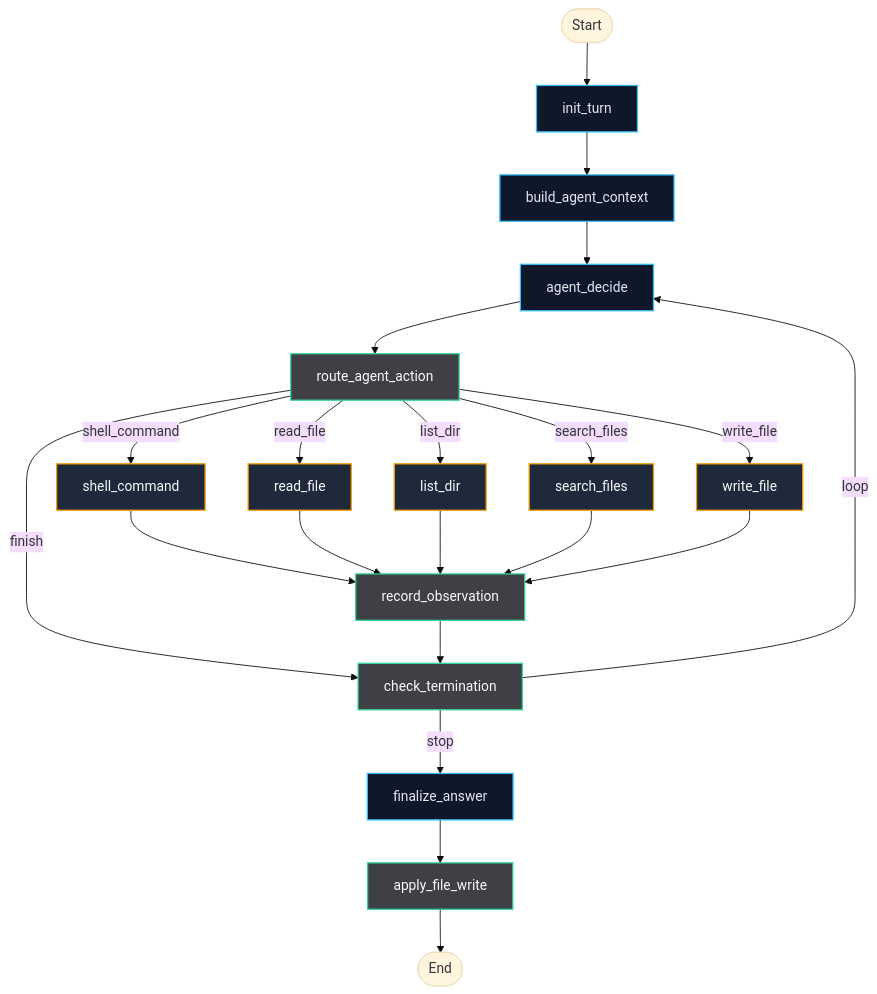
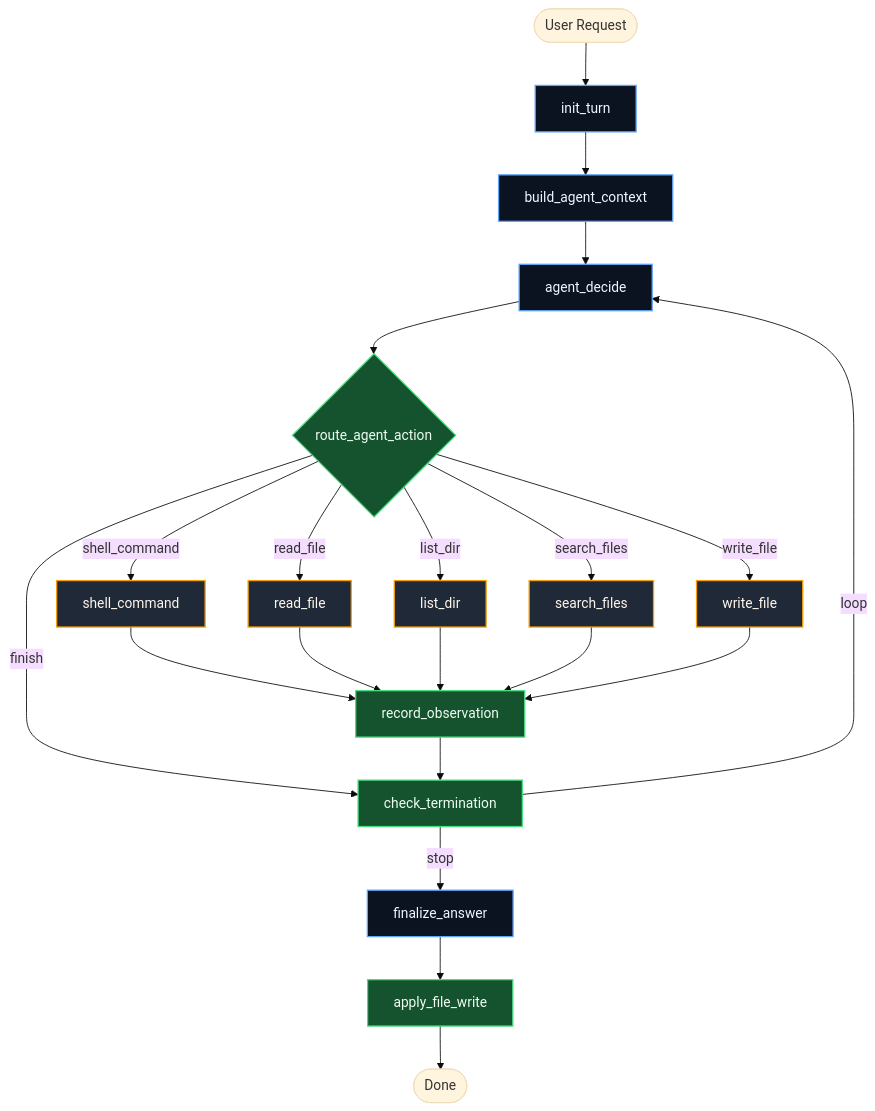
One commit to riturajFi/Tinkler changed the first of 4 diagrams in README.md. Above: the diagram before and after it, drawn with Mermaid (base theme). The commit also changed other lines of this file, not shown here.

````diff
--- a/README.md
+++ b/README.md
@@ -21,34 +53,34 @@
 ```mermaid
 flowchart TD
-    A([Start]) --> B[init_turn]
+    A([User Request]) --> B[init_turn]
     B --> C[build_agent_context]
     C --> D[agent_decide]
-    D --> E[route_agent_action]
+    D --> E{route_agent_action}
 
     E -->|shell_command| F[shell_command]
     E -->|read_file| G[read_file]
     E -->|list_dir| H[list_dir]
     E -->|search_files| I[search_files]
     E -->|write_file| J[write_file]
     E -->|finish| L[check_termination]
 
     F --> K[record_observation]
     G --> K
     H --> K
     I --> K
     J --> K
 
     K --> L
     L -->|loop| D
     L -->|stop| M[finalize_answer]
     M --> N[apply_file_write]
-    N --> O([End])
+    N --> O([Done])
 
-    classDef phase fill:#0f172a,stroke:#38bdf8,color:#e2e8f0,stroke-width:1.5px;
-    classDef tool fill:#1e293b,stroke:#f59e0b,color:#f8fafc,stroke-width:1.5px;
-    classDef gate fill:#3f3f46,stroke:#34d399,color:#f8fafc,stroke-width:1.5px;
+    classDef core fill:#0b1220,stroke:#60a5fa,color:#eff6ff,stroke-width:1.5px;
+    classDef tools fill:#1f2937,stroke:#f59e0b,color:#fff7ed,stroke-width:1.5px;
+    classDef gates fill:#14532d,stroke:#4ade80,color:#f0fdf4,stroke-width:1.5px;
 
-    class B,C,D,M phase;
-    class F,G,H,I,J tool;
-    class E,K,L,N gate;
+    class B,C,D,M core;
+    class F,G,H,I,J tools;
+    class E,K,L,N gates;
 ```
````
